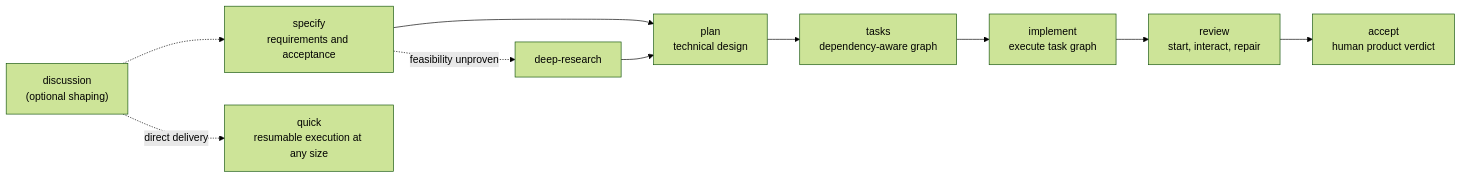
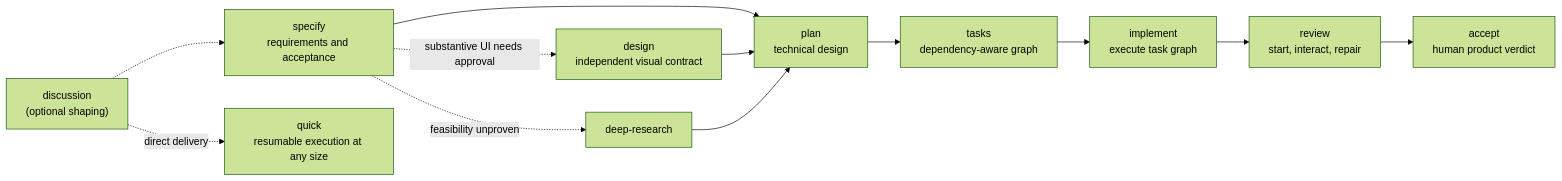
One commit to chenziyang110/spec-kit-plus changed the diagram in README.md. Above: the diagram before and after it, drawn with Mermaid (forest theme). The commit also changed other lines of this file and 41 other files, not shown here.

````diff
--- a/README.md
+++ b/README.md
@@ -92,12 +97,14 @@
 ```mermaid
 flowchart LR
     D["discussion<br/>(optional shaping)"] -.-> S["specify<br/>requirements and acceptance"]
     D -. direct delivery .-> Q["quick<br/>resumable execution at any size"]
     S --> P["plan<br/>technical design"]
+    S -. substantive UI needs approval .-> U["design<br/>independent visual contract"]
+    U --> P
     S -. feasibility unproven .-> R["deep-research"]
     R --> P
     P --> T["tasks<br/>dependency-aware graph"]
     T --> I["implement<br/>execute task graph"]
     I --> V["review<br/>start, interact, repair"]
     V --> A["accept<br/>human product verdict"]
 ```
````
